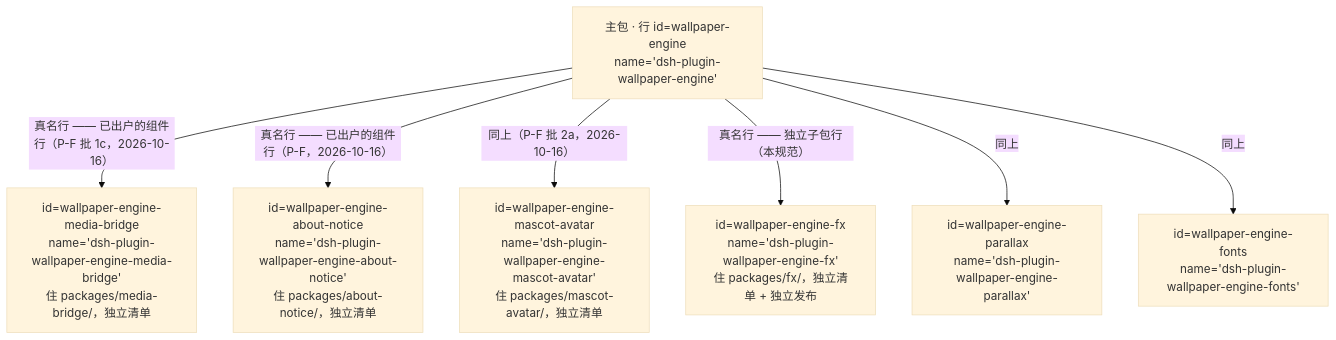
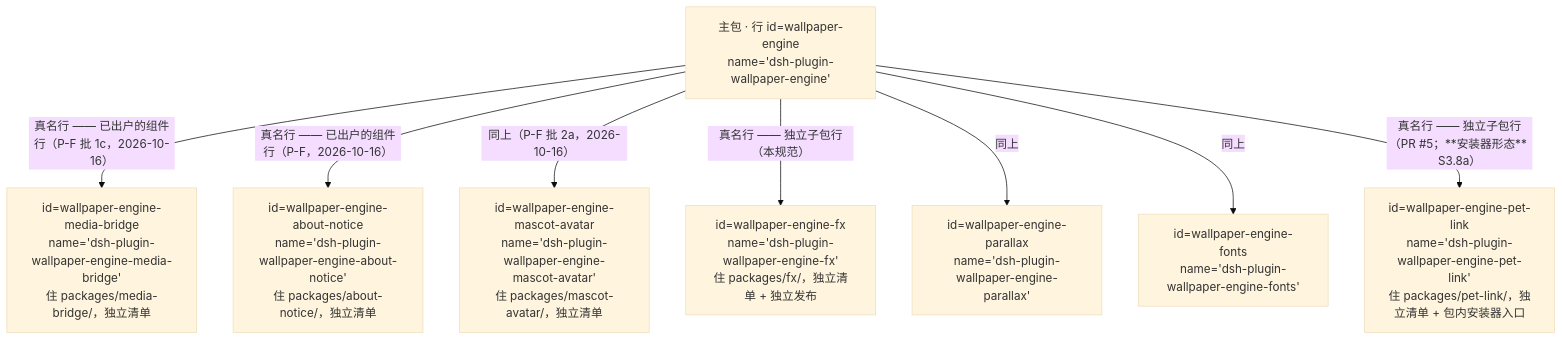
The first of 3 diagrams in docs/SUBPACKAGE-GRAPH.md (AuroraAeon/dsh-wallpaper-engine), drawn with Mermaid (base theme) before and after one commit. The commit also changed other lines of this file and 4 other files, not shown here.

First line of the commit message:
chore(PR #5 合并收尾): 守卫登记 + 生成物重算 + 子包图/ADR 同步

````diff
--- a/docs/SUBPACKAGE-GRAPH.md
+++ b/docs/SUBPACKAGE-GRAPH.md
@@ -27,10 +27,11 @@
 ```mermaid
 graph TD
   MAIN["主包 · 行 id=wallpaper-engine<br/>name='dsh-plugin-wallpaper-engine'"]
   MAIN -->|"真名行 —— 已出户的组件行（P-F 批 1c，2026-10-16）"| C3["id=wallpaper-engine-media-bridge<br/>name='dsh-plugin-wallpaper-engine-media-bridge'<br/>住 packages/media-bridge/，独立清单"]
   MAIN -->|"真名行 —— 已出户的组件行（P-F，2026-10-16）"| C1["id=wallpaper-engine-about-notice<br/>name='dsh-plugin-wallpaper-engine-about-notice'<br/>住 packages/about-notice/，独立清单"]
   MAIN -->|"同上（P-F 批 2a，2026-10-16）"| C2["id=wallpaper-engine-mascot-avatar<br/>name='dsh-plugin-wallpaper-engine-mascot-avatar'<br/>住 packages/mascot-avatar/，独立清单"]
   MAIN -->|"真名行 —— 独立子包行（本规范）"| S1["id=wallpaper-engine-fx<br/>name='dsh-plugin-wallpaper-engine-fx'<br/>住 packages/fx/，独立清单 + 独立发布"]
   MAIN -->|"同上"| S2["id=wallpaper-engine-parallax<br/>name='dsh-plugin-wallpaper-engine-parallax'"]
   MAIN -->|"同上"| S3["id=wallpaper-engine-fonts<br/>name='dsh-plugin-wallpaper-engine-fonts'"]
+  MAIN -->|"真名行 —— 独立子包行（PR #5；**安装器形态** S3.8a）"| S4["id=wallpaper-engine-pet-link<br/>name='dsh-plugin-wallpaper-engine-pet-link'<br/>住 packages/pet-link/，独立清单 + 包内安装器入口"]
 ```
````
